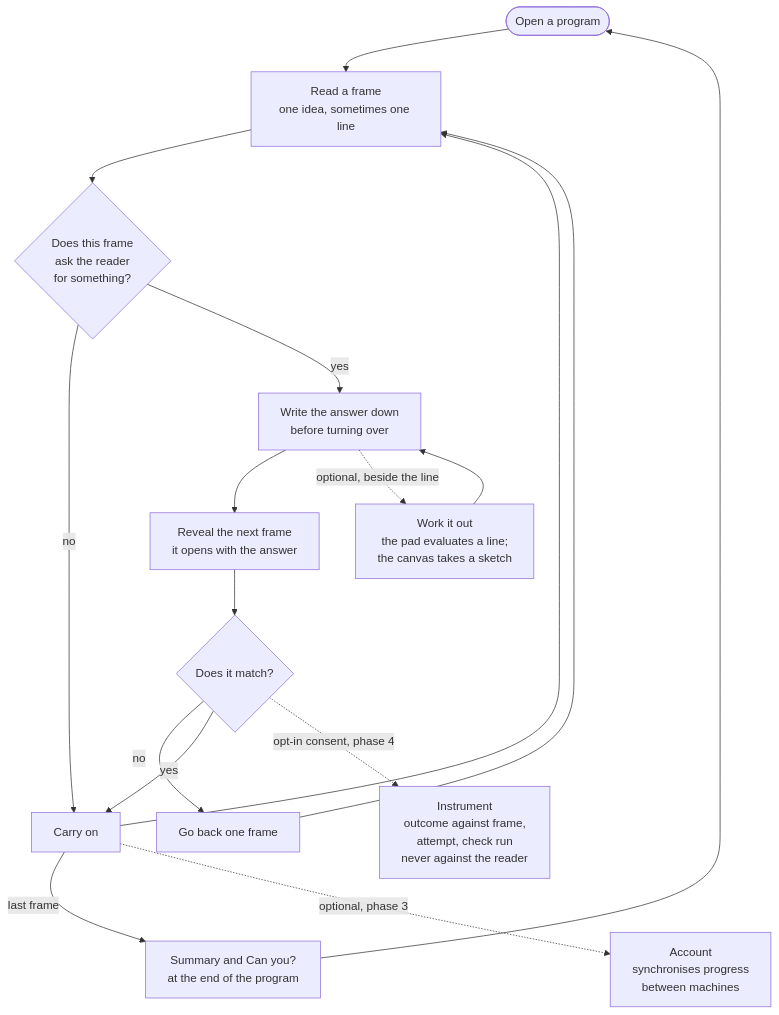
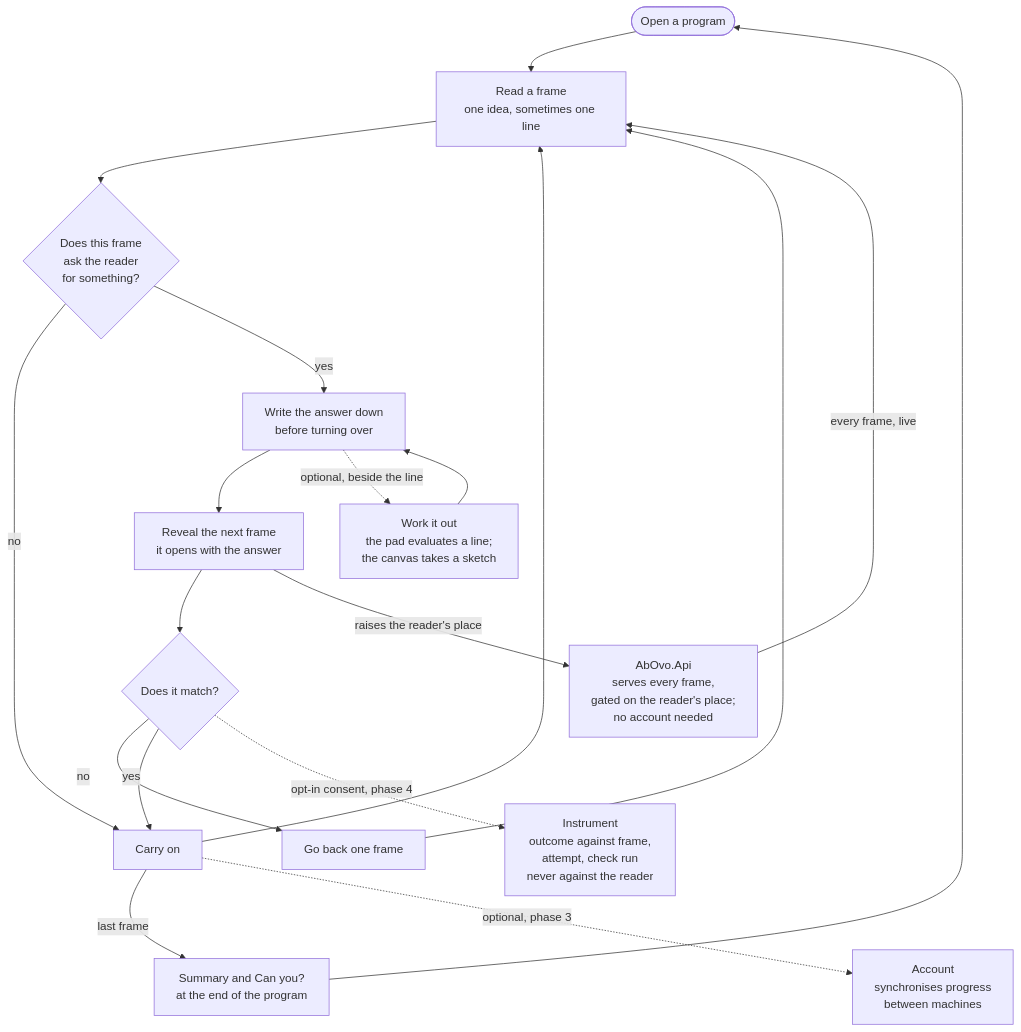
One commit to konradcinkusz/ab-ove changed the diagram in docs/diagrams/b1-reader-loop.mmd. Above: the diagram before and after it, drawn with Mermaid. The commit also changed 40 other files, not shown here.

```diff
--- a/docs/diagrams/b1-reader-loop.mmd
+++ b/docs/diagrams/b1-reader-loop.mmd
@@ -1,57 +1,67 @@
 %% The ab-ovo reader loop.
 %% ONE DIAGRAM PER FILE. ASCII ONLY. See ab-ovo-system.mmd for why no comment line here is
 %% a bare %% marker.
 
-%% EVERY BOX IN THIS DIAGRAM RUNS WITH NO ACCOUNT AND NO BACKEND. That is the product's
-%% first requirement, not an optimisation: frames are served with the site as a versioned
-%% bundle (ADR-0008, ADR-0038) and everything the reader writes stays in their browser
-%% (ADR-0039).
+%% EVERY BOX IN THIS DIAGRAM RUNS WITH NO ACCOUNT, AND EVERY FRAME COMES FROM THE API. Those
+%% are two requirements, and this file used to draw them as one. ADR-0060 kept the first and
+%% reversed the second: every frame and every reveal is a live, gated call to AbOvo.Api,
+%% which serves the book's compiled bundle (ADR-0038) one step at a time and raises the
+%% reader's place when they reveal. An anonymous reader's place is held under an opaque
+%% cookie, not a token (ADR-0061), and what the reader writes on a frame still stays in
+%% their browser (ADR-0039).
+
+%% THE API IS DRAWN SOLID BECAUSE IT IS NOT OPTIONAL. Content is the one integration this
+%% product does not degrade around (P8 does not reach it): with the API down no frame is
+%% served, and the reader is told so rather than shown a frame from anywhere else.
 
 %% THE WORK BRANCH USED TO BE PYTHON AND IS NOT ANY MORE (ADR-0040). It asked a reader of a
 %% mathematics book to write code, reached one program of forty-seven, and cost 6.4 MB and
 %% two seconds of boot on every visit. What replaced it is a worksheet: a line to answer on,
 %% a pad that evaluates arithmetic (ADR-0042) and a canvas (ADR-0043). None of them is a
-%% language and all three are optional.
+%% language, all three are optional, and none of them needs the API.
 
-%% The two dotted edges leaving the loop are the only places a server appears, and neither
-%% is on the path: an account synchronises progress between machines and buys nothing else,
-%% and an outcome is contributed only if the reader opted in. Both can be absent and the
-%% loop is unchanged.
+%% The two dotted edges leaving the loop are optional, and neither is on the path: an
+%% account synchronises progress between machines and buys nothing else, and an outcome is
+%% contributed only if the reader opted in. Both can be absent and the loop is unchanged.
 
 %% WHAT IS NOT DRAWN, deliberately: no grading step. The next frame opens with the answer
 %% and the reader compares. The machine may say "matches the book" where the book's whole
 %% answer is one number, which is 85 frames of 1036, and it never says anything else --
 %% never "wrong" (ADR-0039). Nothing scores the comparison and no language model is called
 %% (ADR-0010). The comparison IS the teaching.
 
 flowchart TD
   START(["Open a program"])
   READ["Read a frame<br/>one idea, sometimes one line"]
   ASKS{"Does this frame<br/>ask the reader<br/>for something?"}
   WORK["Work it out<br/>the pad evaluates a line;<br/>the canvas takes a sketch"]
   COMMIT["Write the answer down<br/>before turning over"]
   REVEAL["Reveal the next frame<br/>it opens with the answer"]
   COMPARE{"Does it match?"}
   BACK["Go back one frame"]
   NEXT["Carry on"]
   SUMMARY["Summary and Can you?<br/>at the end of the program"]
+  API["AbOvo.Api<br/>serves every frame,<br/>gated on the reader's place;<br/>no account needed"]
   SYNC["Account<br/>synchronises progress<br/>between machines"]
   INST["Instrument<br/>outcome against frame,<br/>attempt, check run<br/>never against the reader"]
 
   START --> READ
   READ --> ASKS
   ASKS -->|"no"| NEXT
   ASKS -->|"yes"| COMMIT
   COMMIT --> REVEAL
   WORK --> COMMIT
   COMMIT -.->|"optional, beside the line"| WORK
   REVEAL --> COMPARE
   COMPARE -->|"no"| BACK
   BACK --> READ
   COMPARE -->|"yes"| NEXT
   NEXT --> READ
   NEXT -->|"last frame"| SUMMARY
   SUMMARY --> START
 
+  API -->|"every frame, live"| READ
+  REVEAL -->|"raises the reader's place"| API
+
   NEXT -.->|"optional, phase 3"| SYNC
   COMPARE -.->|"opt-in consent, phase 4"| INST
```
